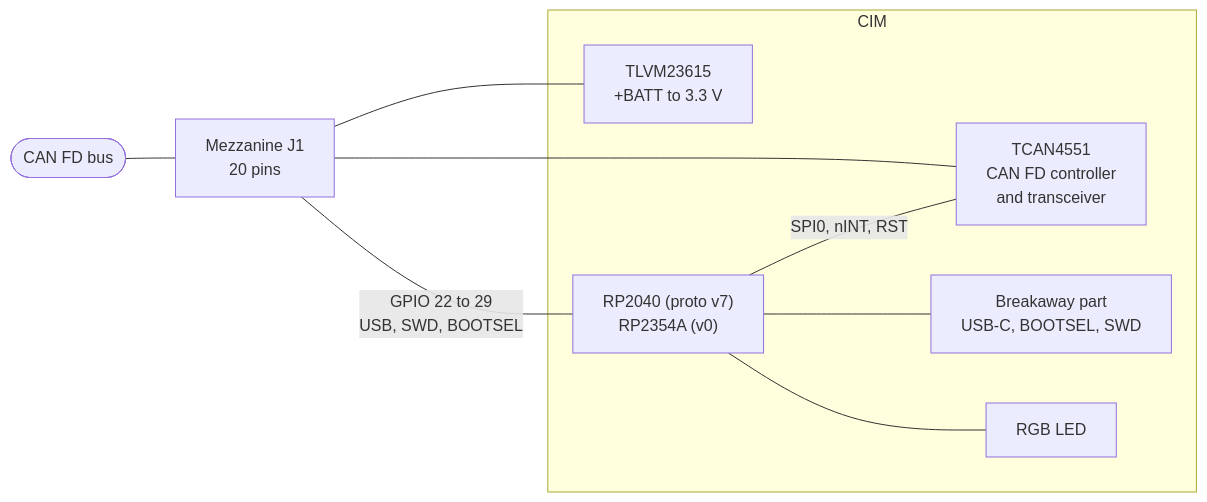
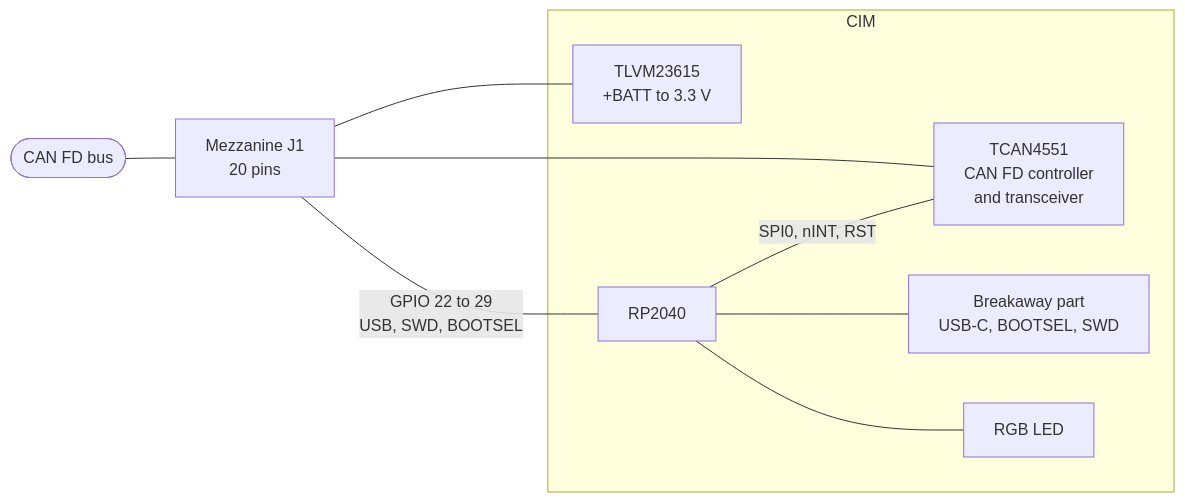
One commit to bluuas/cim changed the diagram in docs/hardware/overview.md. Above: the diagram before and after it, drawn with Mermaid. The commit also changed other lines of this file and 12 other files, not shown here.

````diff
--- a/docs/hardware/overview.md
+++ b/docs/hardware/overview.md
@@ -5,17 +5,17 @@
 ```mermaid
 flowchart LR
     bus(["CAN FD bus"]) --- mez
     subgraph cim["CIM"]
         psu["TLVM23615<br/>+BATT to 3.3 V"]
-        mcu["RP2040 (proto v7)<br/>RP2354A (v0)"]
+        mcu["RP2040"]
         tcan["TCAN4551<br/>CAN FD controller<br/>and transceiver"]
         brk["Breakaway part<br/>USB-C, BOOTSEL, SWD"]
         led["RGB LED"]
         mcu -- "SPI0, nINT, RST" --- tcan
         mcu --- brk
         mcu --- led
     end
     mez["Mezzanine J1<br/>20 pins"] --- psu
     mez --- tcan
     mez -- "GPIO 22 to 29<br/>USB, SWD, BOOTSEL" --- mcu
 ```
````
